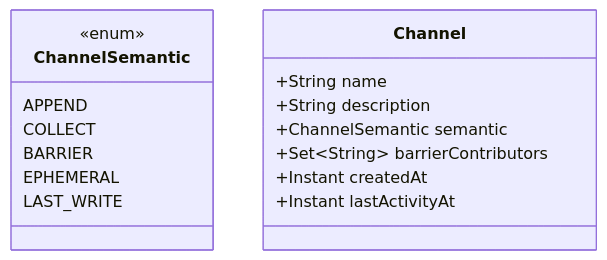
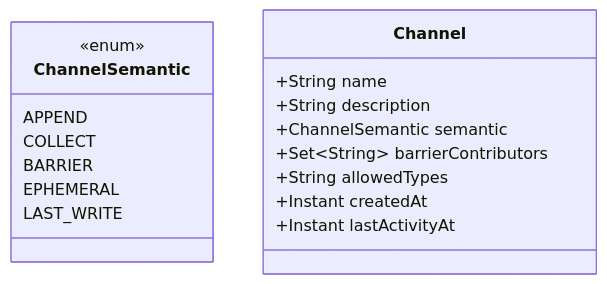
One commit to mdproctor/qhorus changed the third of 10 diagrams in docs/specs/2026-04-13-qhorus-design.md. Above: the diagram before and after it, drawn with Mermaid. The commit also changed other lines of this file and 1 other file, not shown here.

First line of the commit message:
docs: update design doc + CLAUDE.md — allowedTypes, MessageTypePolicy SPI, normative-layout module

````diff
--- a/docs/specs/2026-04-13-qhorus-design.md
+++ b/docs/specs/2026-04-13-qhorus-design.md
@@ -93,20 +93,21 @@
 ```mermaid
 classDiagram
     class ChannelSemantic {
         <<enum>>
         APPEND
         COLLECT
         BARRIER
         EPHEMERAL
         LAST_WRITE
     }
 
     class Channel {
         +String name
         +String description
         +ChannelSemantic semantic
         +Set~String~ barrierContributors
+        +String allowedTypes
         +Instant createdAt
         +Instant lastActivityAt
     }
 ```
````
